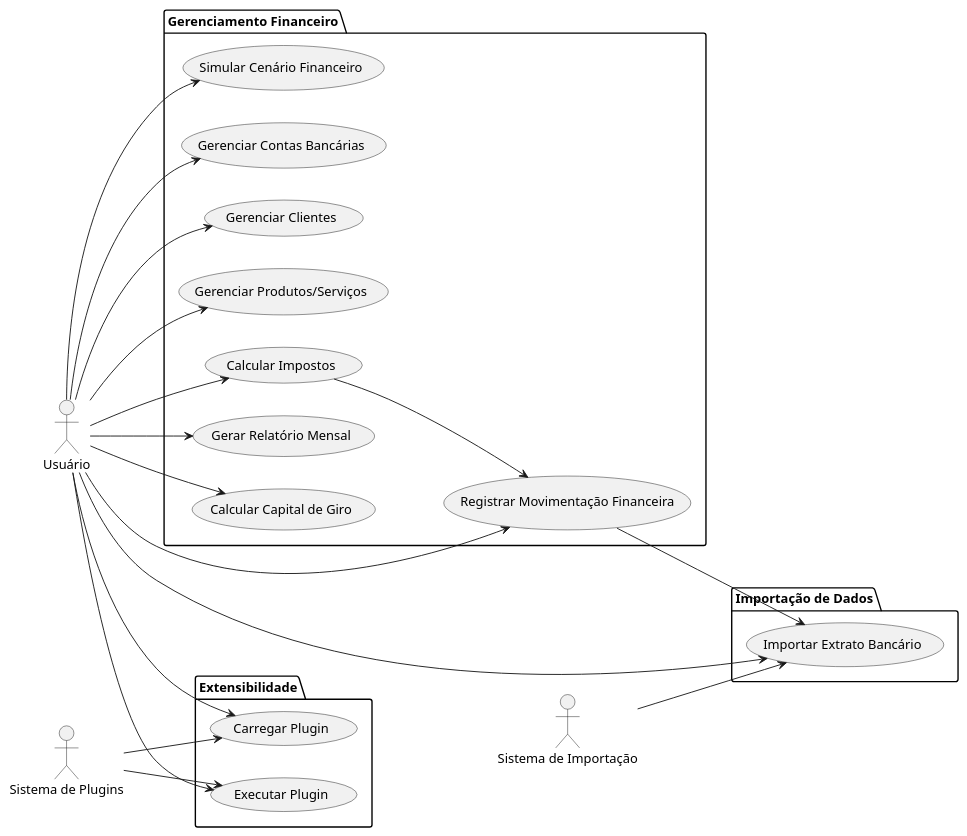
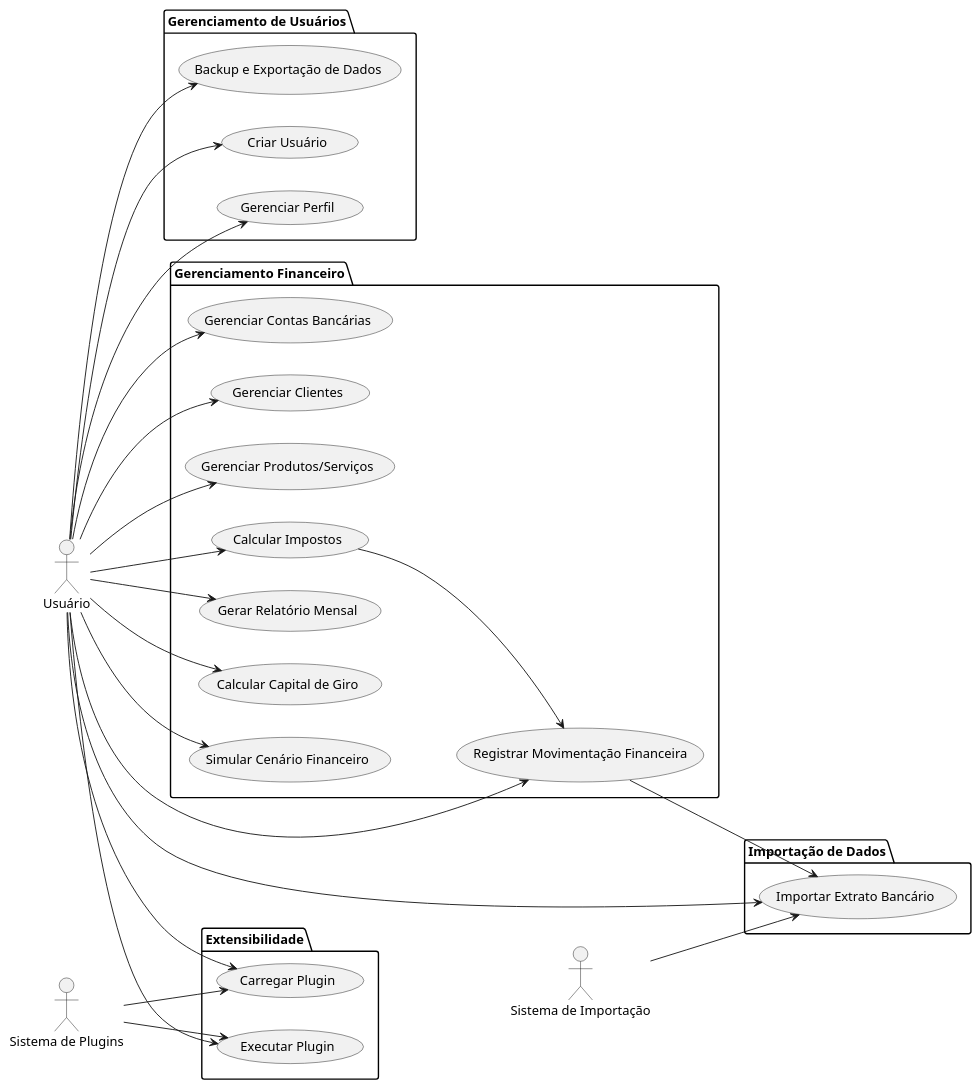
Before and after one commit to filipechgs/myney: the first of 2 diagrams in README.md, drawn with PlantUML. The commit also changed other lines of this file and 1 other file, not shown here.

Commit message:
Atualiza digrama de classes e de casos de uso

````diff
--- a/README.md
+++ b/README.md
@@ -295,51 +296,60 @@
 ```plantuml
 @startuml
 left to right direction
 
 actor "Usuário" as U
 actor "Sistema de Plugins" as P
 actor "Sistema de Importação" as I
 
+package "Gerenciamento de Usuários" {
+    usecase "Criar Usuário" as UC0
+    usecase "Gerenciar Perfil" as UC1
+    usecase "Backup e Exportação de Dados" as UC2
+}
+
 package "Gerenciamento Financeiro" {
-    usecase "Gerenciar Contas Bancárias" as UC1
-    usecase "Registrar Movimentação Financeira" as UC2
-    usecase "Gerenciar Clientes" as UC3
-    usecase "Gerenciar Produtos/Serviços" as UC4
-    usecase "Calcular Impostos" as UC5
-    usecase "Gerar Relatório Mensal" as UC6
-    usecase "Calcular Capital de Giro" as UC7
-    usecase "Simular Cenário Financeiro" as UC8
+    usecase "Gerenciar Contas Bancárias" as UC3
+    usecase "Registrar Movimentação Financeira" as UC4
+    usecase "Gerenciar Clientes" as UC5
+    usecase "Gerenciar Produtos/Serviços" as UC6
+    usecase "Calcular Impostos" as UC7
+    usecase "Gerar Relatório Mensal" as UC8
+    usecase "Calcular Capital de Giro" as UC9
+    usecase "Simular Cenário Financeiro" as UC10
 }
 
 package "Extensibilidade" {
-    usecase "Carregar Plugin" as UC9
-    usecase "Executar Plugin" as UC10
+    usecase "Carregar Plugin" as UC11
+    usecase "Executar Plugin" as UC12
 }
 
 package "Importação de Dados" {
-    usecase "Importar Extrato Bancário" as UC11
+    usecase "Importar Extrato Bancário" as UC13
 }
 
+U --> UC0
 U --> UC1
 U --> UC2
 U --> UC3
 U --> UC4
 U --> UC5
 U --> UC6
 U --> UC7
 U --> UC8
-
-P --> UC9
-P --> UC10
-
 U --> UC9
 U --> UC10
 
-I --> UC11
+P --> UC11
+P --> UC12
+
 U --> UC11
+U --> UC12
 
-UC2 --> UC11
-UC5 --> UC2
+I --> UC13
+U --> UC13
+
+UC4 --> UC13
+UC7 --> UC4
 
 @enduml
 ```
````
